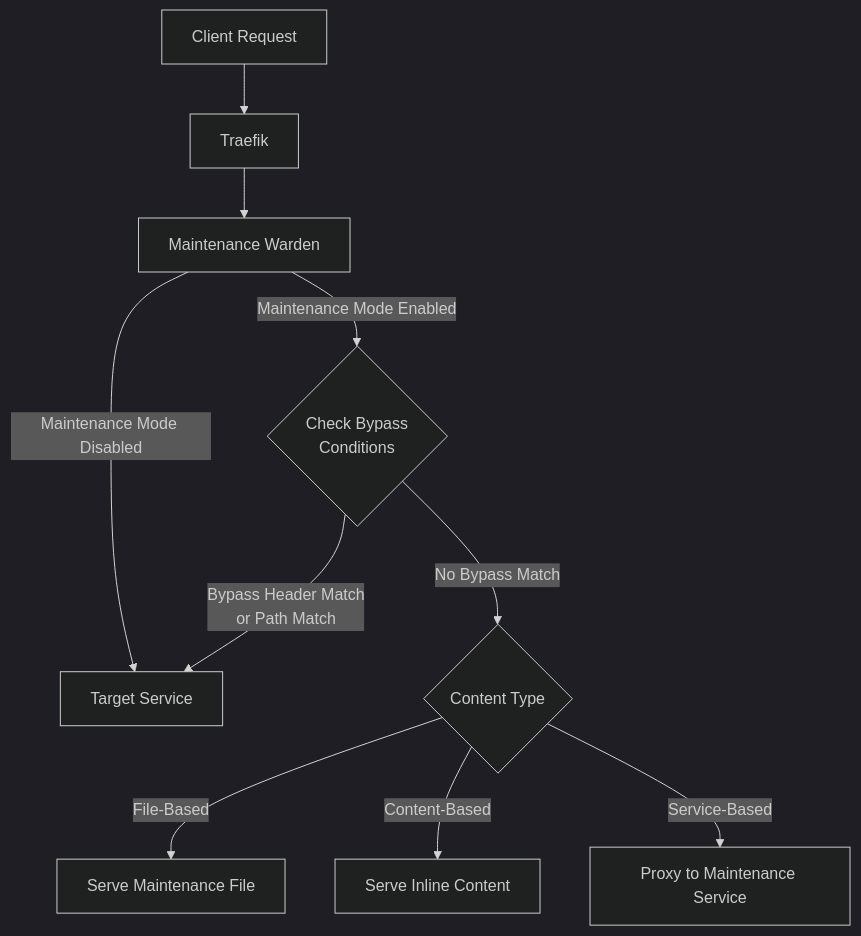
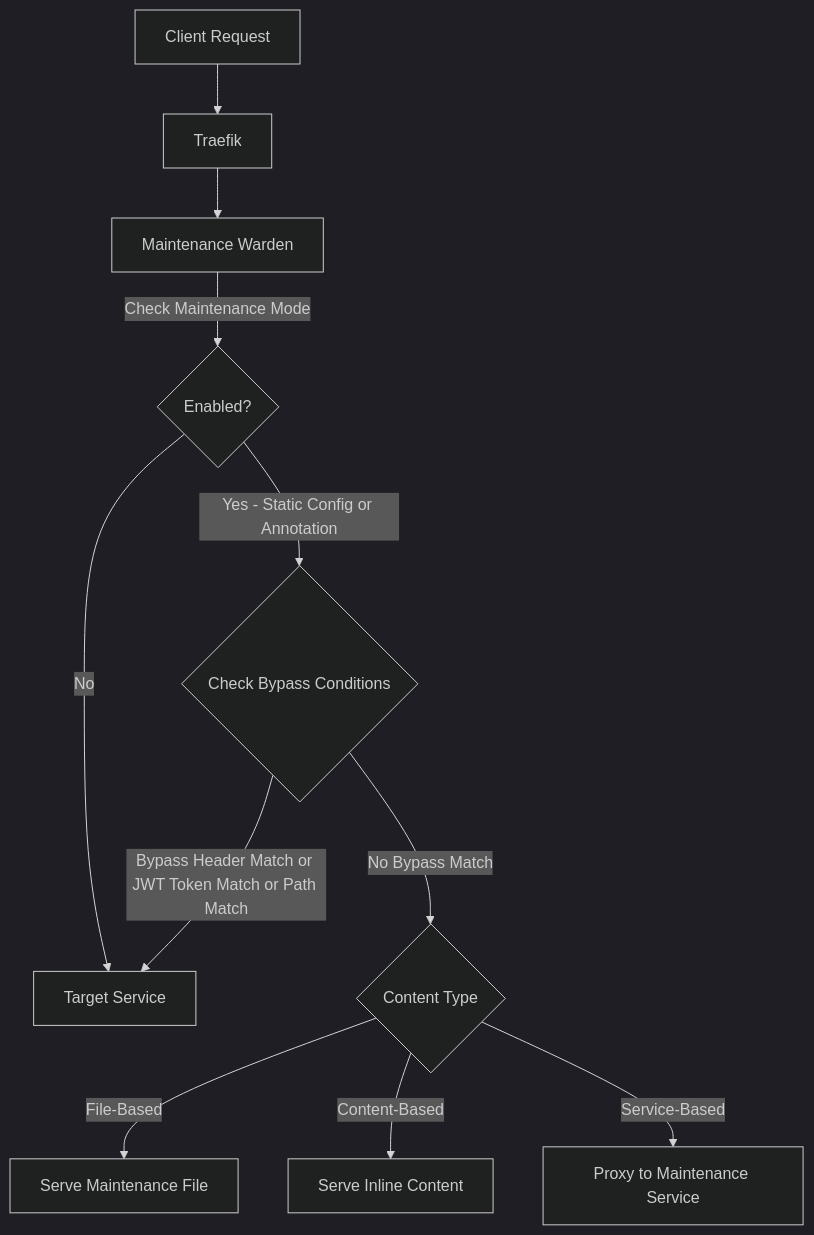
Before and after one commit to TechAlchemistry/traefik-maintenance-warden: the diagram in README.md, drawn with Mermaid (dark theme). The commit also changed other lines of this file, not shown here.

````diff
--- a/README.md
+++ b/README.md
@@ -40,12 +48,13 @@
 ```mermaid
 flowchart TB
     A[Client Request] --> B[Traefik]
     B --> C[Maintenance Warden]
-    C -->|Maintenance Mode Disabled| D[Target Service]
-    C -->|Maintenance Mode Enabled| E{Check Bypass\nConditions}
-    E -->|Bypass Header Match\nor Path Match| D
-    E -->|No Bypass Match| F{Content Type}
-    F -->|File-Based| G[Serve Maintenance File]
-    F -->|Content-Based| I[Serve Inline Content]
-    F -->|Service-Based| H[Proxy to Maintenance Service]
+    C -->|Check Maintenance Mode| D{Enabled?}
+    D -->|No| E[Target Service]
+    D -->|Yes - Static Config or Annotation| F{Check Bypass Conditions}
+    F -->|Bypass Header Match or JWT Token Match or Path Match| E
+    F -->|No Bypass Match| G{Content Type}
+    G -->|File-Based| H[Serve Maintenance File]
+    G -->|Content-Based| I[Serve Inline Content]
+    G -->|Service-Based| J[Proxy to Maintenance Service]
 ```
````
